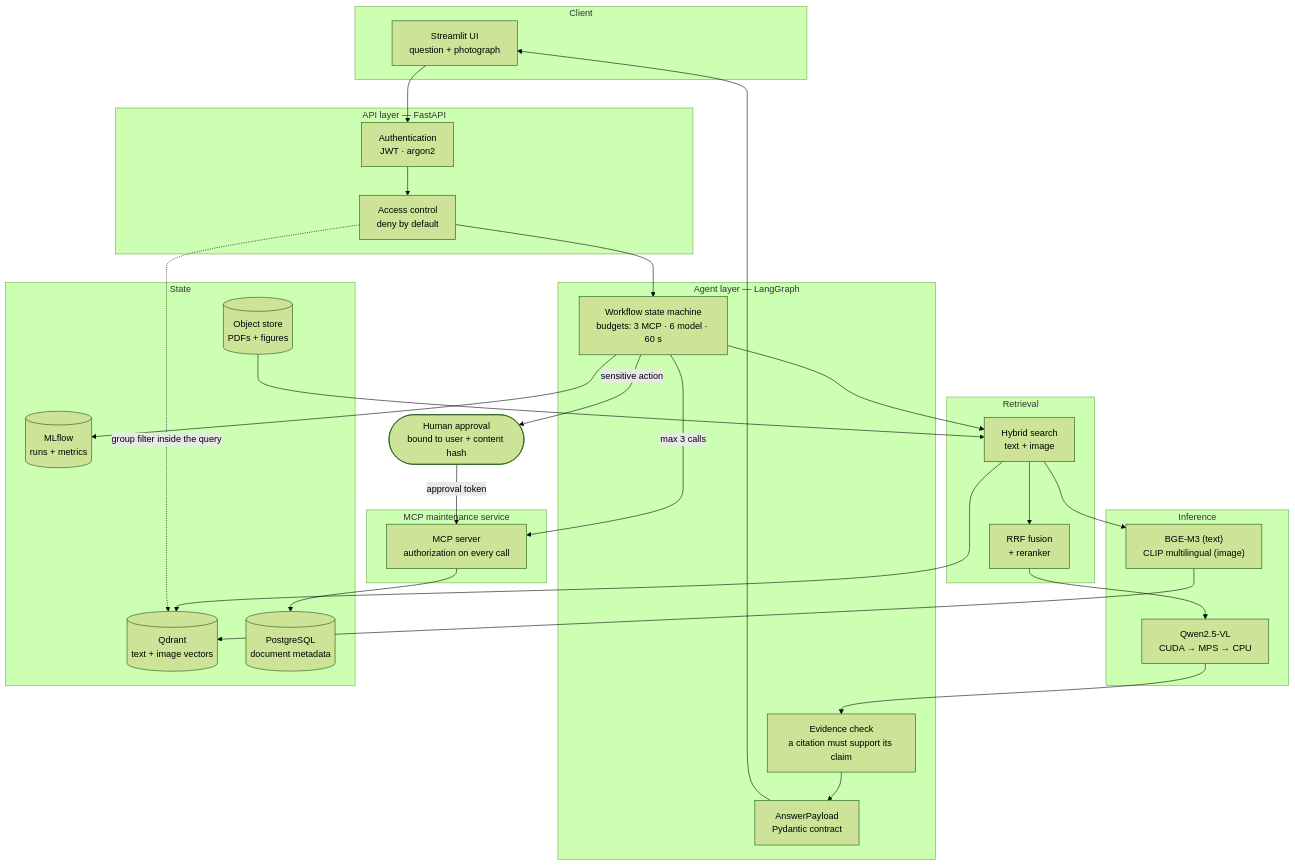
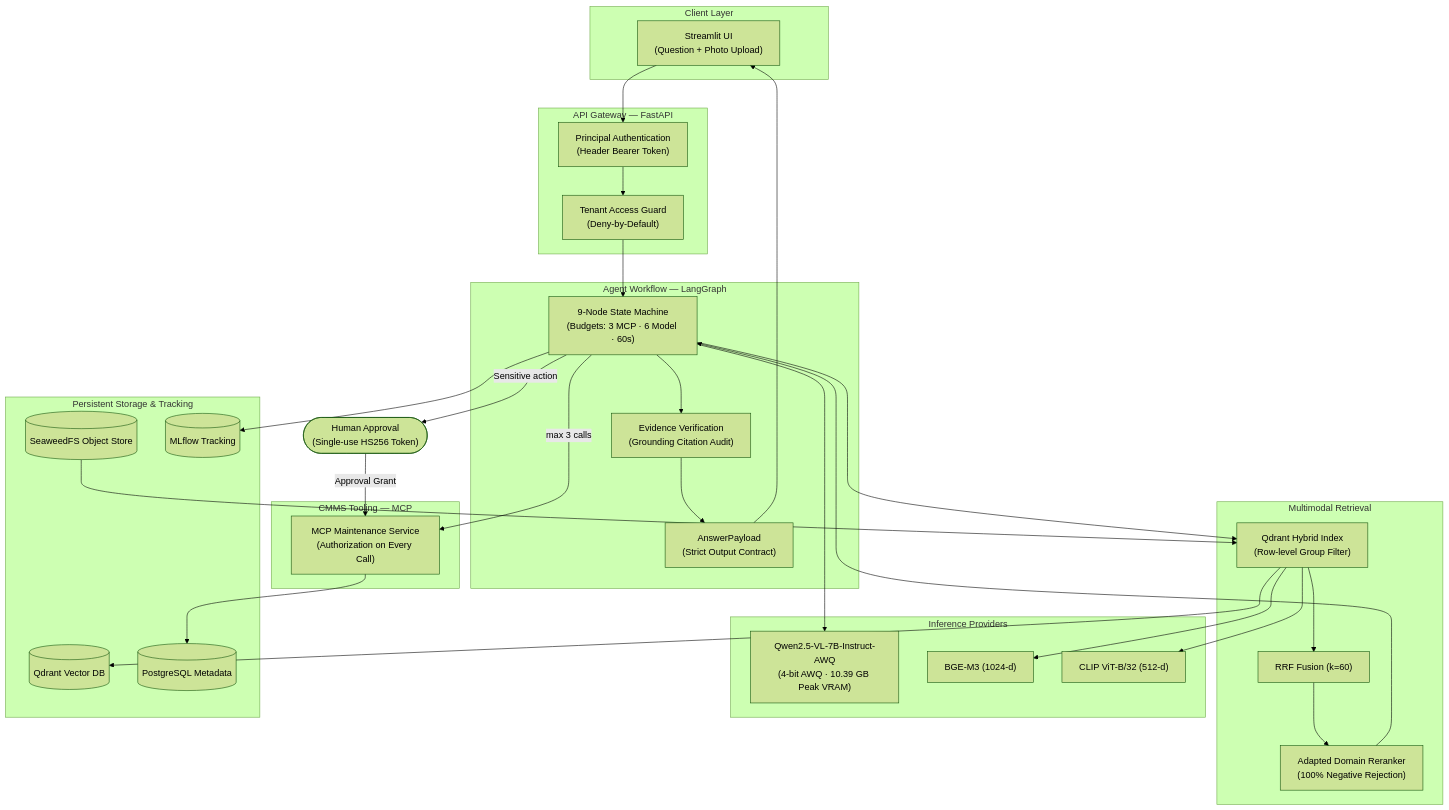
Before and after one commit to carteeeltheboss/MantiBox: the diagram in README.md, drawn with Mermaid (forest theme). The commit also changed other lines of this file and 3 other files, not shown here.

Commit message:
docs: final README, evaluation synthesis, architecture synchronization and repo cleanup (close #37)

````diff
--- a/README.md
+++ b/README.md
@@ -38,53 +53,55 @@
 ```mermaid
 flowchart TB
-    subgraph client["Client"]
-        UI["Streamlit UI<br/>question + photograph"]
+    subgraph client["Client Layer"]
+        UI["Streamlit UI<br/>(Question + Photo Upload)"]
     end
 
-    subgraph api["API layer — FastAPI"]
-        AUTH["Authentication<br/>JWT · argon2"]
-        ACCESS["Access control<br/>deny by default"]
+    subgraph api["API Gateway — FastAPI"]
+        AUTH["Principal Authentication<br/>(Header Bearer Token)"]
+        FILTER["Tenant Access Guard<br/>(Deny-by-Default)"]
     end
 
-    subgraph agent["Agent layer — LangGraph"]
-        WF["Workflow state machine<br/>budgets: 3 MCP · 6 model · 60 s"]
-        EVID["Evidence check<br/>a citation must support its claim"]
-        CONTRACT["AnswerPayload<br/>Pydantic contract"]
+    subgraph agent["Agent Workflow — LangGraph"]
+        SM["9-Node State Machine<br/>(Budgets: 3 MCP · 6 Model · 60s)"]
+        EVID["Evidence Verification<br/>(Grounding Citation Audit)"]
+        CONTRACT["AnswerPayload<br/>(Strict Output Contract)"]
     end
 
-    subgraph retrieval["Retrieval"]
-        SEARCH["Hybrid search<br/>text + image"]
-        FUSE["RRF fusion<br/>+ reranker"]
+    subgraph retrieval["Multimodal Retrieval"]
+        INDEX["Qdrant Hybrid Index<br/>(Row-level Group Filter)"]
+        FUSE["RRF Fusion (k=60)"]
+        RERANK["Adapted Domain Reranker<br/>(100% Negative Rejection)"]
     end
 
-    subgraph inference["Inference"]
-        VLM["Qwen2.5-VL<br/>CUDA → MPS → CPU"]
-        EMB["BGE-M3 (text)<br/>CLIP multilingual (image)"]
+    subgraph inference["Inference Providers"]
+        VLM["Qwen2.5-VL-7B-Instruct-AWQ<br/>(4-bit AWQ · 10.39 GB Peak VRAM)"]
+        TEXT_EMB["BGE-M3 (1024-d)"]
+        IMG_EMB["CLIP ViT-B/32 (512-d)"]
     end
 
-    subgraph tools["MCP maintenance service"]
-        MCPS["MCP server<br/>authorization on every call"]
+    subgraph tools["CMMS Tooling — MCP"]
+        MCP_SRV["MCP Maintenance Service<br/>(Authorization on Every Call)"]
     end
 
-    subgraph store["State"]
-        QD[("Qdrant<br/>text + image vectors")]
-        PG[("PostgreSQL<br/>document metadata")]
-        OBJ[("Object store<br/>PDFs + figures")]
-        ML[("MLflow<br/>runs + metrics")]
+    subgraph storage["Persistent Storage & Tracking"]
+        QD[("Qdrant Vector DB")]
+        PG[("PostgreSQL Metadata")]
+        SW[("SeaweedFS Object Store")]
+        ML[("MLflow Tracking")]
     end
 
-    UI --> AUTH --> ACCESS --> WF
-    WF --> SEARCH
-    SEARCH --> QD
-    SEARCH --> EMB
-    EMB --> QD
-    SEARCH --> FUSE --> VLM
-    WF -->|"max 3 calls"| MCPS
-    MCPS --> PG
-    VLM --> EVID --> CONTRACT --> UI
-    WF -->|"sensitive action"| HUMAN(["Human approval<br/>bound to user + content hash"])
-    HUMAN -->|approval token| MCPS
-    OBJ --> SEARCH
-    WF --> ML
-    ACCESS -.->|"group filter inside the query"| QD
+    UI --> AUTH --> FILTER --> SM
+    SM --> INDEX
+    INDEX --> TEXT_EMB
+    INDEX --> IMG_EMB
+    INDEX --> QD
+    INDEX --> FUSE --> RERANK --> SM
+    SM --> VLM
+    SM -->|"max 3 calls"| MCP_SRV
+    MCP_SRV --> PG
+    SM --> EVID --> CONTRACT --> UI
+    SM -->|"Sensitive action"| HUMAN(["Human Approval<br/>(Single-use HS256 Token)"])
+    HUMAN -->|"Approval Grant"| MCP_SRV
+    SW --> INDEX
+    SM --> ML
 ```
````
